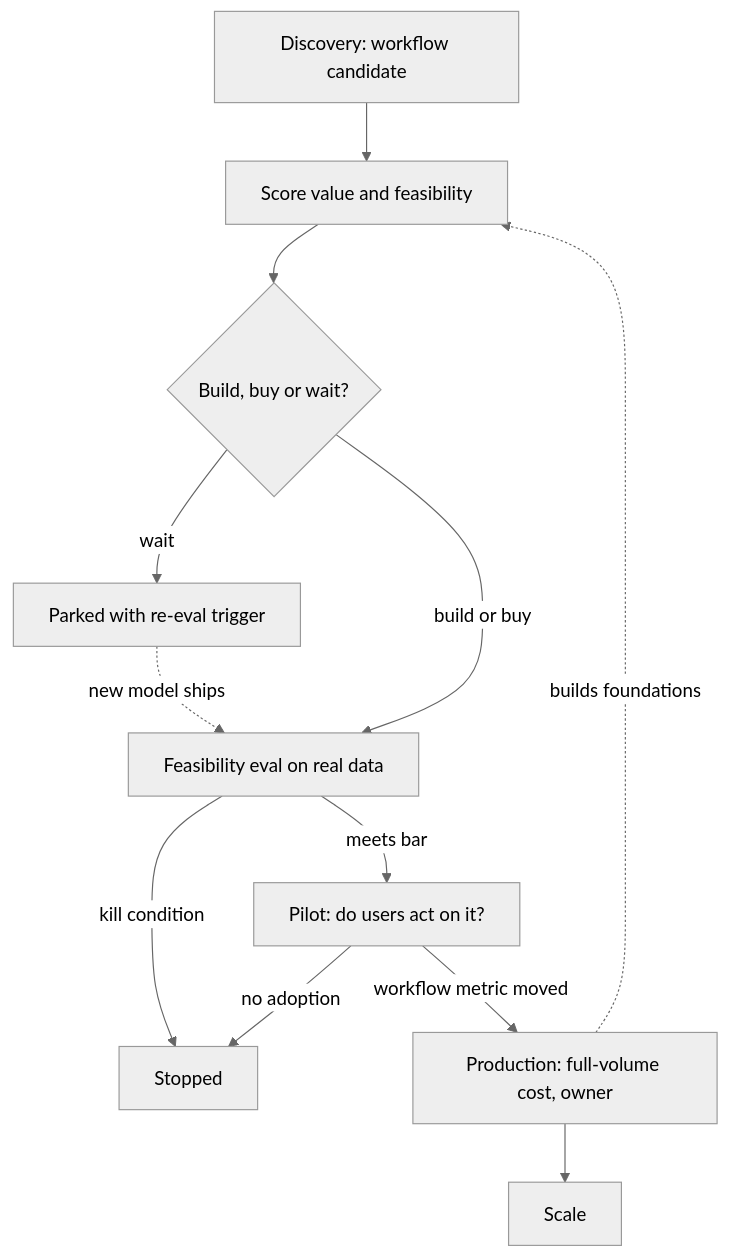
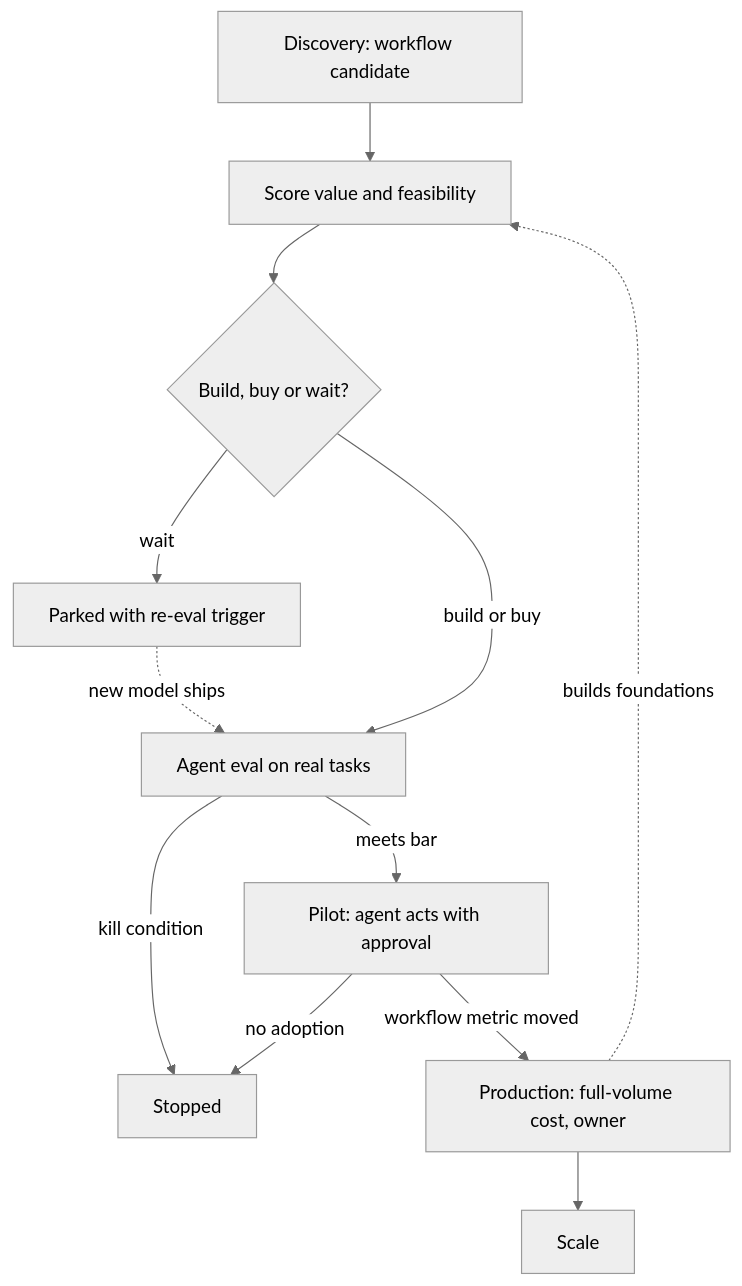
One commit to lovishmahajan97/agentic-learning changed the diagram in content/strategy/ai-roadmap.md. Above: the diagram before and after it, drawn with Mermaid (neutral theme). The commit also changed other lines of this file and 454 other files, not shown here.

````diff
--- a/content/strategy/ai-roadmap.md
+++ b/content/strategy/ai-roadmap.md
@@ -131,14 +164,14 @@
 ```mermaid
 flowchart TD
     D["Discovery: workflow candidate"] --> S["Score value and feasibility"]
     S --> B{"Build, buy or wait?"}
     B -->|"wait"| W["Parked with re-eval trigger"]
     W -.->|"new model ships"| F
-    B -->|"build or buy"| F["Feasibility eval on real data"]
-    F -->|"meets bar"| P["Pilot: do users act on it?"]
+    B -->|"build or buy"| F["Agent eval on real tasks"]
+    F -->|"meets bar"| P["Pilot: agent acts with approval"]
     F -->|"kill condition"| K["Stopped"]
     P -->|"workflow metric moved"| PR["Production: full-volume cost, owner"]
     P -->|"no adoption"| K
     PR --> SC["Scale"]
     PR -.->|"builds foundations"| S
 ```
````
